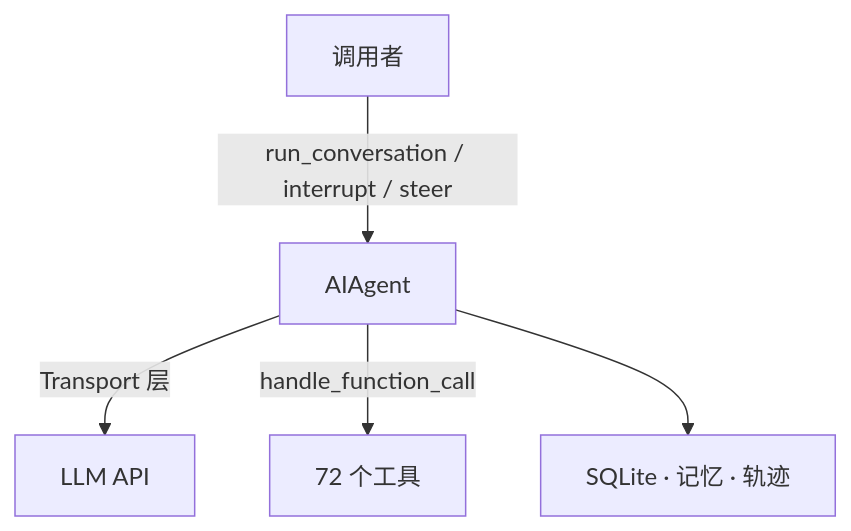
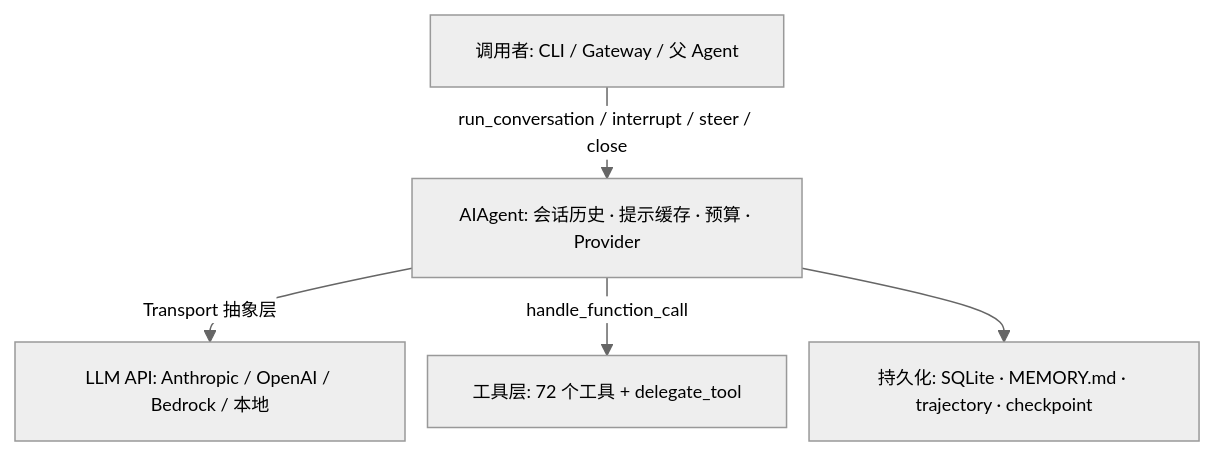
The first of 9 diagrams in docs/zh/drafts/02-draft.md (fang-lin/hermes-agent-code-analysis), drawn with Mermaid before and after one commit. The commit also changed other lines of this file and 1 other file, not shown here.

First line of the commit message:
第 02 章图表：添加 init 指令缩小字号 + 恢复信息量

````diff
--- a/docs/zh/drafts/02-draft.md
+++ b/docs/zh/drafts/02-draft.md
@@ -89,7 +89,8 @@
 ```mermaid
+%%{init: {"theme": "neutral", "themeVariables": {"fontSize": "12px"}, "flowchart": {"nodeSpacing": 15, "rankSpacing": 25}}}%%
 flowchart TD
-    CALLER["调用者"] -->|"run_conversation / interrupt / steer"| AGENT["AIAgent"]
-    AGENT -->|Transport 层| LLM["LLM API"]
-    AGENT -->|handle_function_call| TOOLS["72 个工具"]
-    AGENT --> PERSIST["SQLite · 记忆 · 轨迹"]
+    CALLER["调用者: CLI / Gateway / 父 Agent"] -->|"run_conversation / interrupt / steer / close"| AGENT["AIAgent: 会话历史 · 提示缓存 · 预算 · Provider"]
+    AGENT -->|Transport 抽象层| LLM["LLM API: Anthropic / OpenAI / Bedrock / 本地"]
+    AGENT -->|handle_function_call| TOOLS["工具层: 72 个工具 + delegate_tool"]
+    AGENT --> PERSIST["持久化: SQLite · MEMORY.md · trajectory · checkpoint"]
 ```
````
